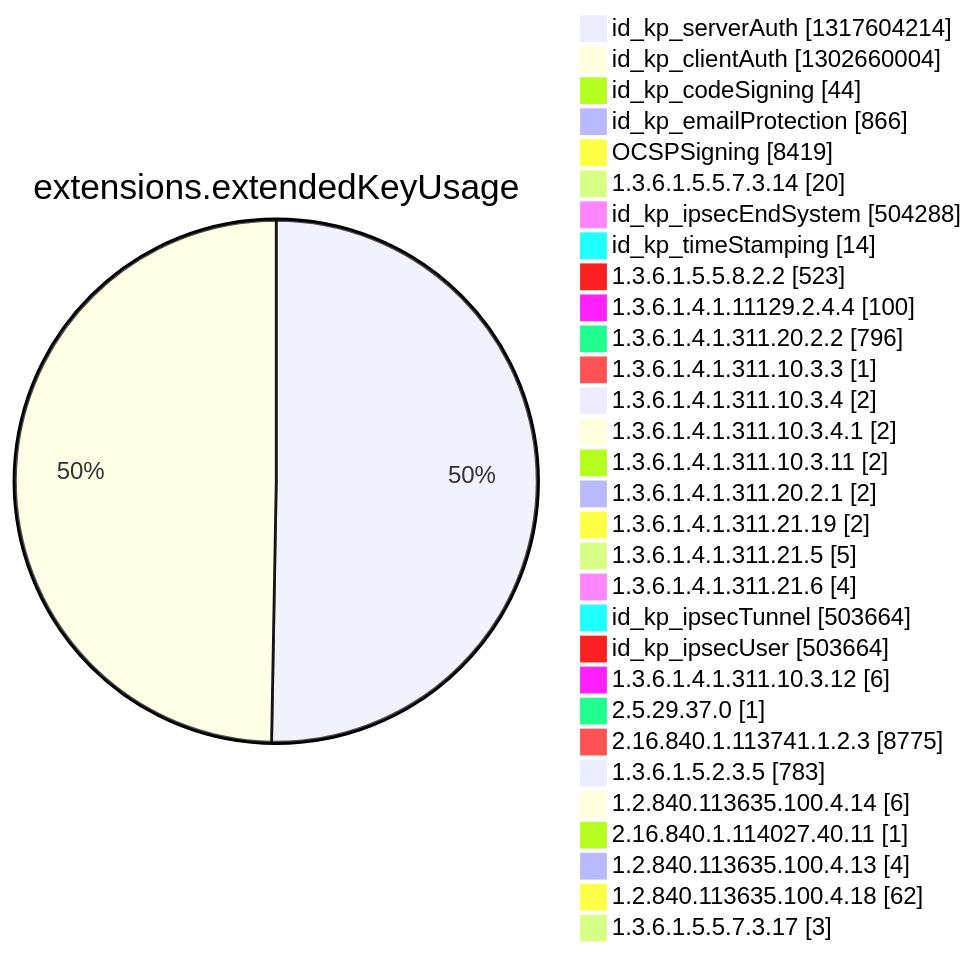
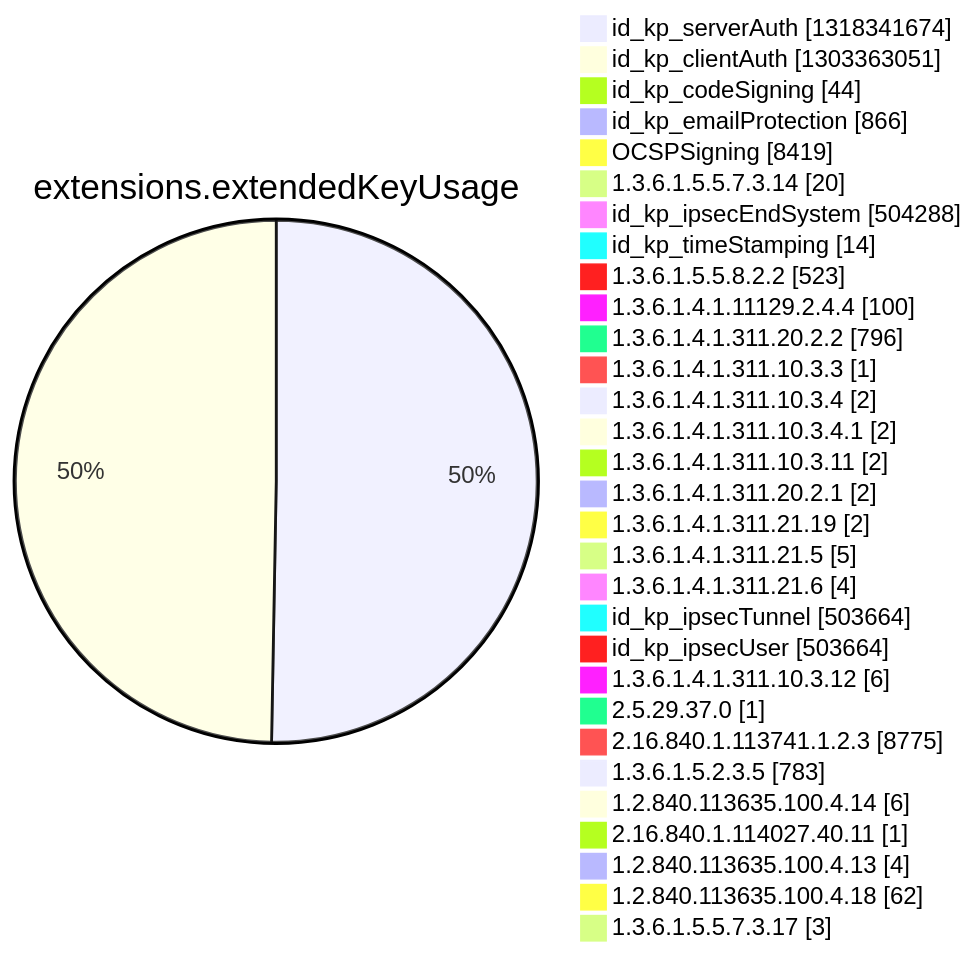
One commit to christiankrug/ctmonitor_visualization changed diagram 12 of 15 in argon2022/README.md. Above: the diagram before and after it, drawn with Mermaid. The commit also changed other lines of this file, not shown here.

````diff
--- a/argon2022/README.md
+++ b/argon2022/README.md
@@ -3552,34 +3552,34 @@
 ```mermaid
 pie showData
 title extensions.extendedKeyUsage
-"id_kp_serverAuth" :1317604214
-"id_kp_clientAuth" :1302660004
+"id_kp_serverAuth" :1318341674
+"id_kp_clientAuth" :1303363051
 "id_kp_codeSigning" :44
 "id_kp_emailProtection" :866
 "OCSPSigning" :8419
 "1.3.6.1.5.5.7.3.14" :20
 "id_kp_ipsecEndSystem" :504288
 "id_kp_timeStamping" :14
 "1.3.6.1.5.5.8.2.2" :523
 "1.3.6.1.4.1.11129.2.4.4" :100
 "1.3.6.1.4.1.311.20.2.2" :796
 "1.3.6.1.4.1.311.10.3.3" :1
 "1.3.6.1.4.1.311.10.3.4" :2
 "1.3.6.1.4.1.311.10.3.4.1" :2
 "1.3.6.1.4.1.311.10.3.11" :2
 "1.3.6.1.4.1.311.20.2.1" :2
 "1.3.6.1.4.1.311.21.19" :2
 "1.3.6.1.4.1.311.21.5" :5
 "1.3.6.1.4.1.311.21.6" :4
 "id_kp_ipsecTunnel" :503664
 "id_kp_ipsecUser" :503664
 "1.3.6.1.4.1.311.10.3.12" :6
 "2.5.29.37.0" :1
 "2.16.840.1.113741.1.2.3" :8775
 "1.3.6.1.5.2.3.5" :783
 "1.2.840.113635.100.4.14" :6
 "2.16.840.1.114027.40.11" :1
 "1.2.840.113635.100.4.13" :4
 "1.2.840.113635.100.4.18" :62
 "1.3.6.1.5.5.7.3.17" :3
 ```
````
